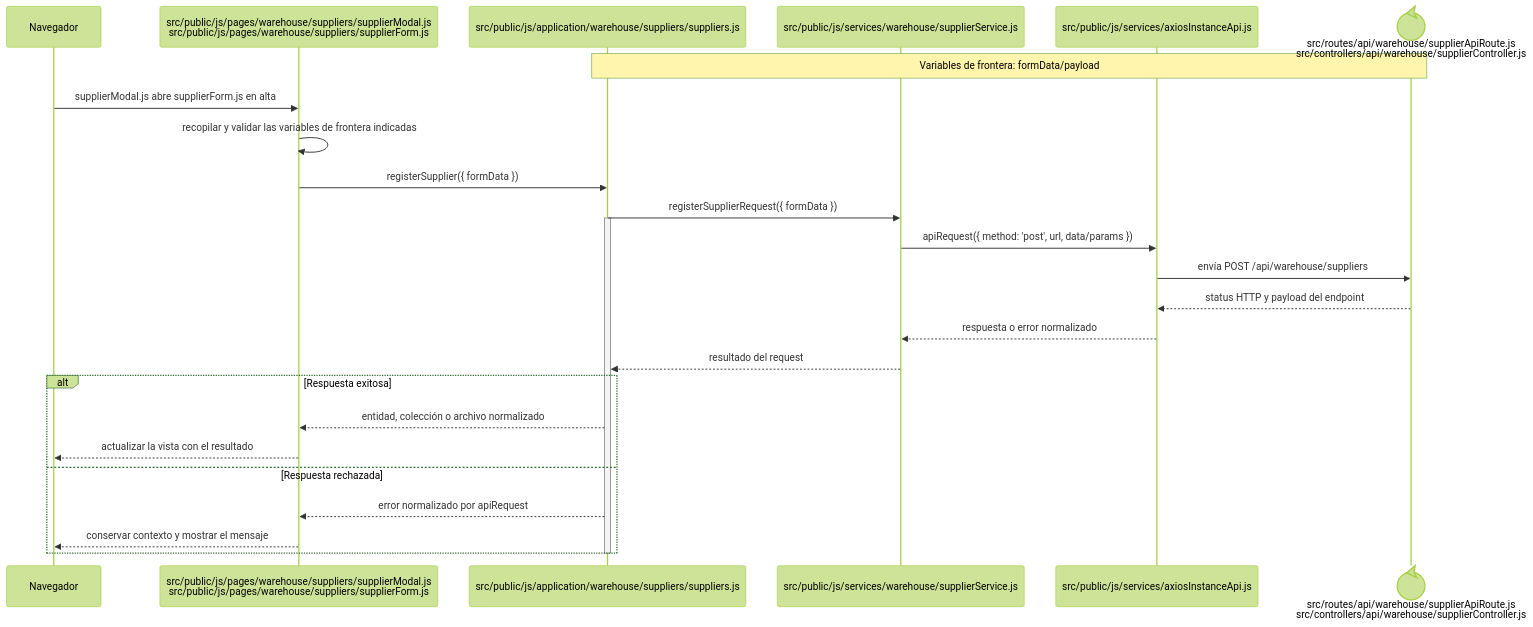
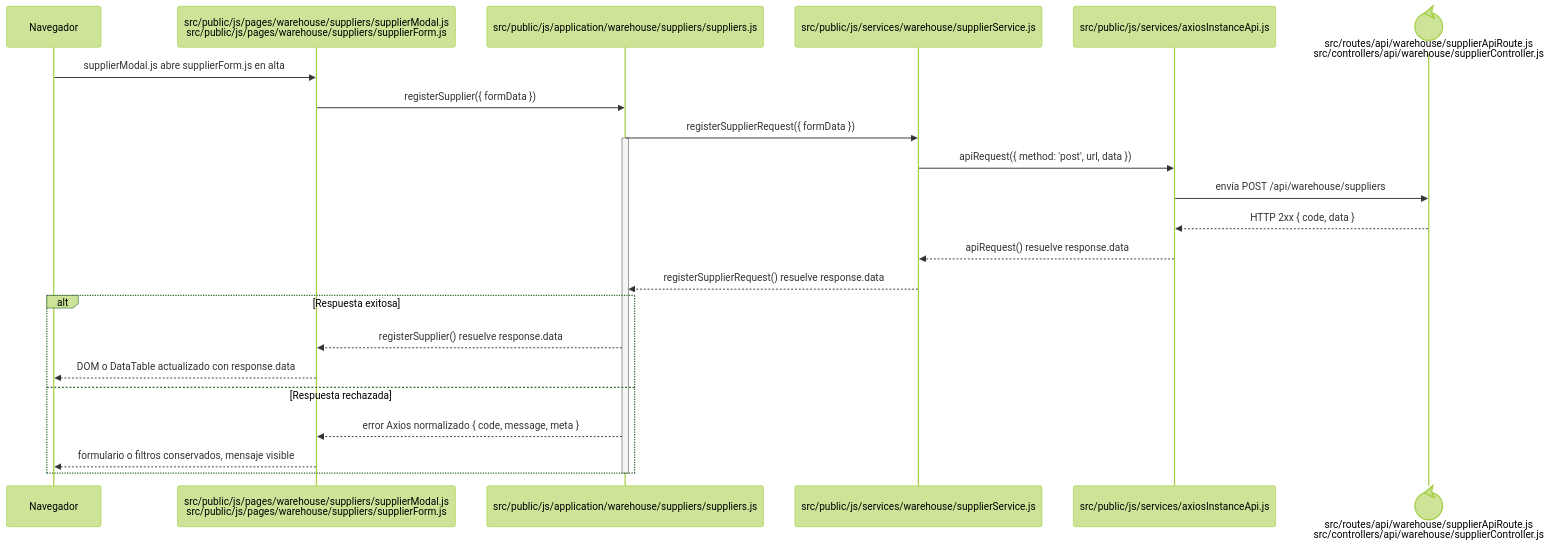
The diagram in docs/architecture/frontend-code-sequences/catalogs/cu-cat-02.md (gpgsistemas01/nexus), drawn with Mermaid (forest theme) before and after one commit. The commit also changed 148 other files, not shown here.

````diff
--- a/docs/architecture/frontend-code-sequences/catalogs/cu-cat-02.md
+++ b/docs/architecture/frontend-code-sequences/catalogs/cu-cat-02.md
@@ -6,29 +6,27 @@
 ```mermaid
 sequenceDiagram
     participant Browser as Navegador
     participant View as src/public/js/pages/warehouse/suppliers/supplierModal.js<br/>src/public/js/pages/warehouse/suppliers/supplierForm.js
     participant Application as src/public/js/application/warehouse/suppliers/suppliers.js
     participant Request as src/public/js/services/warehouse/supplierService.js
     participant HTTP as src/public/js/services/axiosInstanceApi.js
     participant Transport@{ "type": "control" } as src/routes/api/warehouse/supplierApiRoute.js<br/>src/controllers/api/warehouse/supplierController.js
-    Note over Application,Transport: Variables de frontera: formData/payload
 
     Browser->>View: supplierModal.js abre supplierForm.js en alta
-    View->>View: recopilar y validar las variables de frontera indicadas
     View->>Application: registerSupplier({ formData })
     Application->>Request: registerSupplierRequest({ formData })
     activate Application
-    Request->>HTTP: apiRequest({ method: 'post', url, data/params })
+    Request->>HTTP: apiRequest({ method: 'post', url, data })
     HTTP->>Transport: envía POST /api/warehouse/suppliers
-    Transport-->>HTTP: status HTTP y payload del endpoint
-    HTTP-->>Request: respuesta o error normalizado
-    Request-->>Application: resultado del request
+    Transport-->>HTTP: HTTP 2xx { code, data }
+    HTTP-->>Request: apiRequest() resuelve response.data
+    Request-->>Application: registerSupplierRequest() resuelve response.data
     alt Respuesta exitosa
-        Application-->>View: entidad, colección o archivo normalizado
-        View-->>Browser: actualizar la vista con el resultado
+        Application-->>View: registerSupplier() resuelve response.data
+        View-->>Browser: DOM o DataTable actualizado con response.data
     else Respuesta rechazada
-        Application-->>View: error normalizado por apiRequest
-        View-->>Browser: conservar contexto y mostrar el mensaje
+        Application-->>View: error Axios normalizado { code, message, meta }
+        View-->>Browser: formulario o filtros conservados, mensaje visible
     end
     deactivate Application
 ```
````
